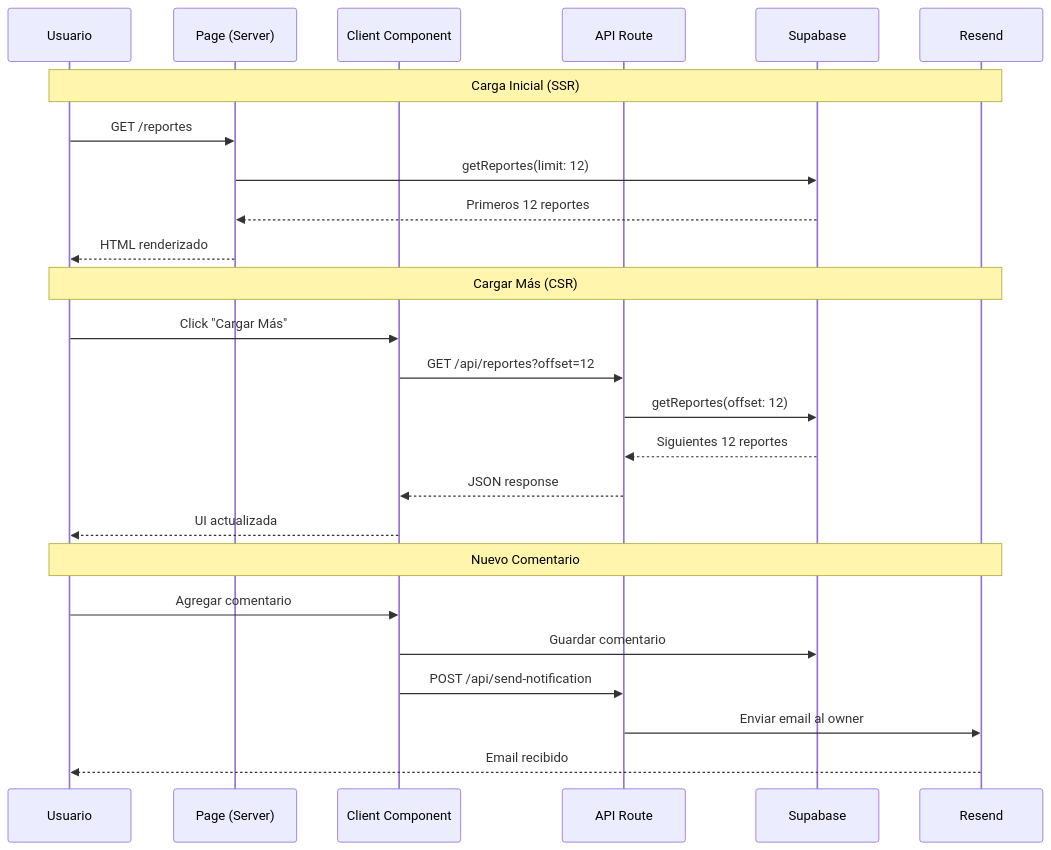
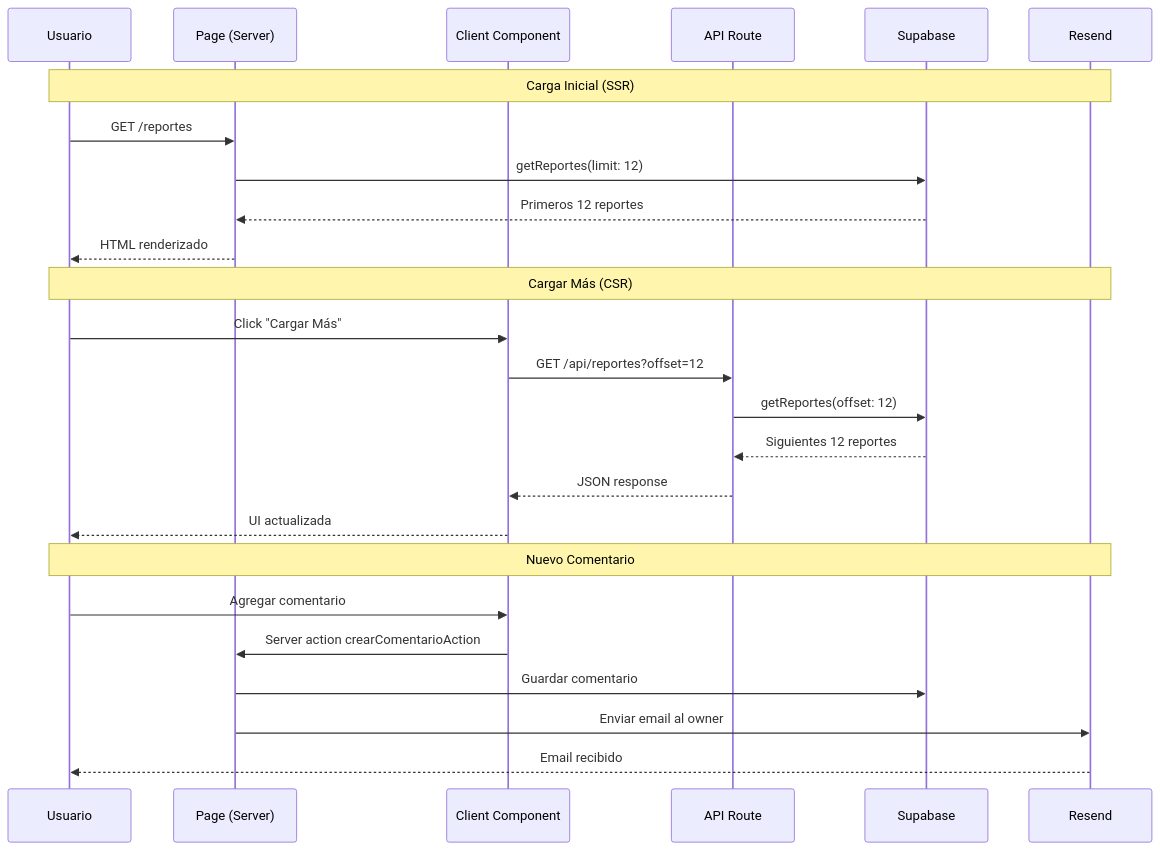
One commit to Facudominguez7/Reporty changed the second of 2 diagrams in README.md. Above: the diagram before and after it, drawn with Mermaid. The commit also changed other lines of this file and 5 other files, not shown here.

Commit message:
fix(security): remove orphan notification API routes

````diff
--- a/README.md
+++ b/README.md
@@ -137,30 +135,30 @@
 ```mermaid
 sequenceDiagram
     participant U as Usuario
     participant P as Page (Server)
     participant C as Client Component
     participant A as API Route
     participant S as Supabase
     participant R as Resend
 
     Note over U,R: Carga Inicial (SSR)
     U->>P: GET /reportes
     P->>S: getReportes(limit: 12)
     S-->>P: Primeros 12 reportes
     P-->>U: HTML renderizado
 
     Note over U,R: Cargar Más (CSR)
     U->>C: Click "Cargar Más"
     C->>A: GET /api/reportes?offset=12
     A->>S: getReportes(offset: 12)
     S-->>A: Siguientes 12 reportes
     A-->>C: JSON response
     C-->>U: UI actualizada
 
     Note over U,R: Nuevo Comentario
     U->>C: Agregar comentario
-    C->>S: Guardar comentario
-    C->>A: POST /api/send-notification
-    A->>R: Enviar email al owner
+    C->>P: Server action crearComentarioAction
+    P->>S: Guardar comentario
+    P->>R: Enviar email al owner
     R-->>U: Email recibido
 ```
````
